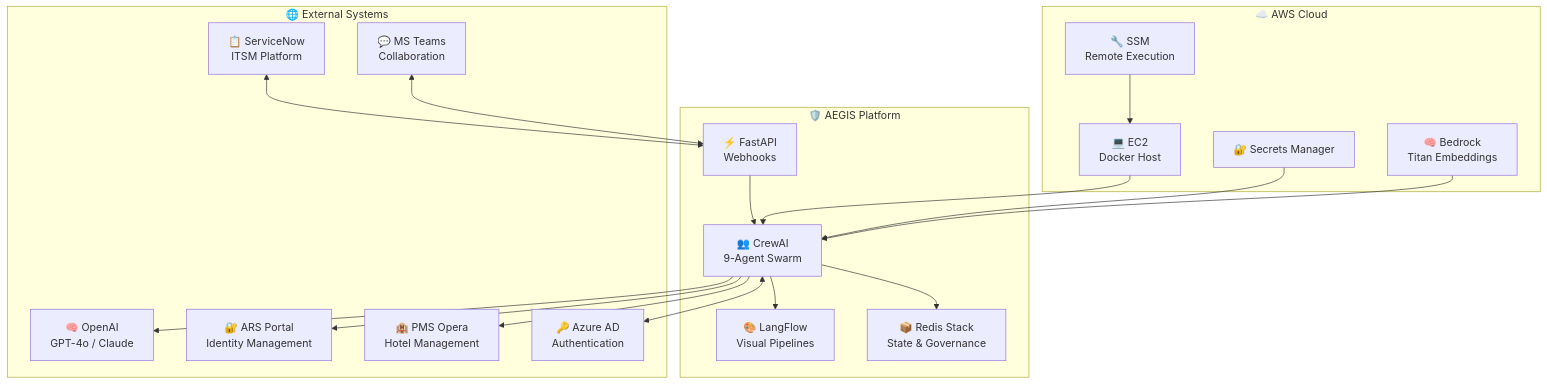
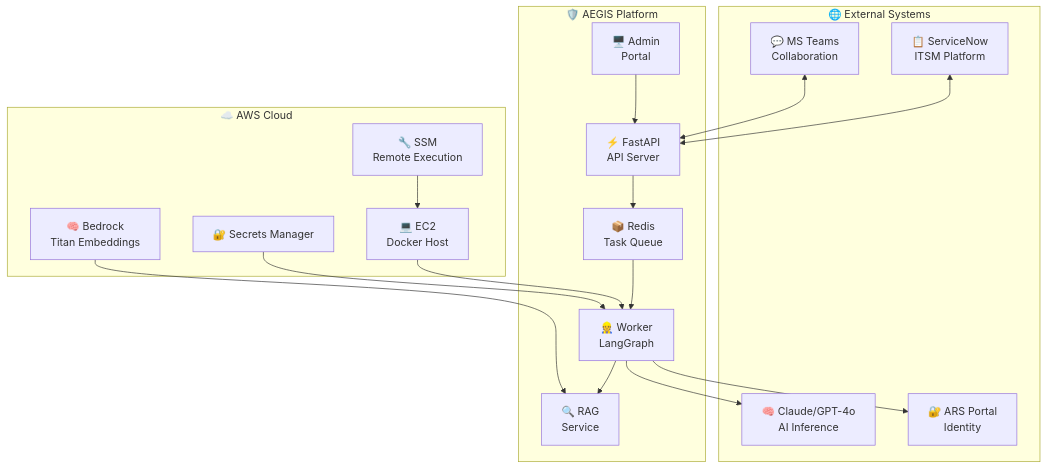
One commit to maniltns/AEGIS changed the first of 3 diagrams in docs/TAD.md. Above: the diagram before and after it, drawn with Mermaid. The commit also changed other lines of this file and 15 other files, not shown here.

````diff
--- a/docs/TAD.md
+++ b/docs/TAD.md
@@ -38,39 +40,37 @@
 ```mermaid
 graph TB
     subgraph "🌐 External Systems"
         SNOW["📋 ServiceNow<br/>ITSM Platform"]
         TEAMS["💬 MS Teams<br/>Collaboration"]
-        OPENAI["🧠 OpenAI<br/>GPT-4o / Claude"]
-        ARS["🔐 ARS Portal<br/>Identity Management"]
-        OPERA["🏨 PMS Opera<br/>Hotel Management"]
-        AAD["🔑 Azure AD<br/>Authentication"]
+        LLM["🧠 Claude/GPT-4o<br/>AI Inference"]
+        ARS["🔐 ARS Portal<br/>Identity"]
     end
 
     subgraph "🛡️ AEGIS Platform"
-        CREW["👥 CrewAI<br/>9-Agent Swarm"]
-        LF["🎨 LangFlow<br/>Visual Pipelines"]
-        API["⚡ FastAPI<br/>Webhooks"]
-        REDIS["📦 Redis Stack<br/>State & Governance"]
+        API["⚡ FastAPI<br/>API Server"]
+        QUEUE["📦 Redis<br/>Task Queue"]
+        WORKER["👷 Worker<br/>LangGraph"]
+        RAG["🔍 RAG<br/>Service"]
+        ADMIN["🖥️ Admin<br/>Portal"]
     end
 
     subgraph "☁️ AWS Cloud"
         EC2["💻 EC2<br/>Docker Host"]
         SSM["🔧 SSM<br/>Remote Execution"]
         SECRETS["🔐 Secrets Manager"]
         BEDROCK["🧠 Bedrock<br/>Titan Embeddings"]
     end
 
     SNOW <--> API
     TEAMS <--> API
-    API --> CREW
-    CREW --> LF
-    CREW --> REDIS
-    CREW --> OPENAI
-    CREW --> ARS
-    CREW --> OPERA
-    CREW <--> AAD
-    EC2 --> CREW
+    API --> QUEUE
+    QUEUE --> WORKER
+    WORKER --> LLM
+    WORKER --> RAG
+    WORKER --> ARS
+    ADMIN --> API
+    EC2 --> WORKER
     SSM --> EC2
-    SECRETS --> CREW
-    BEDROCK --> CREW
+    SECRETS --> WORKER
+    BEDROCK --> RAG
 ```
````
